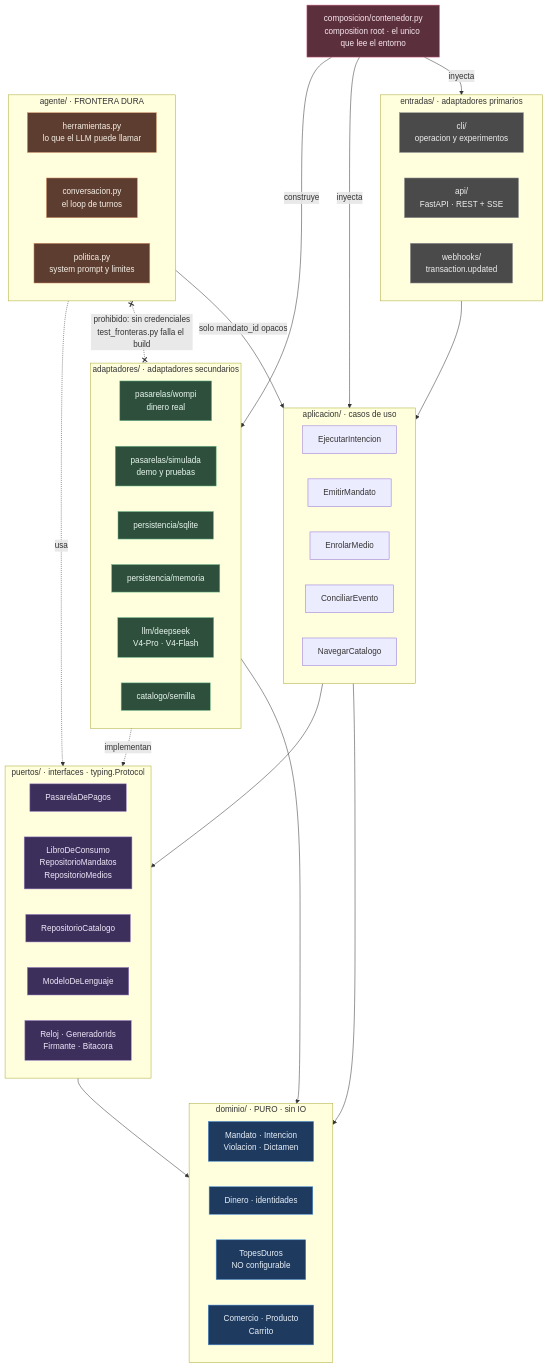
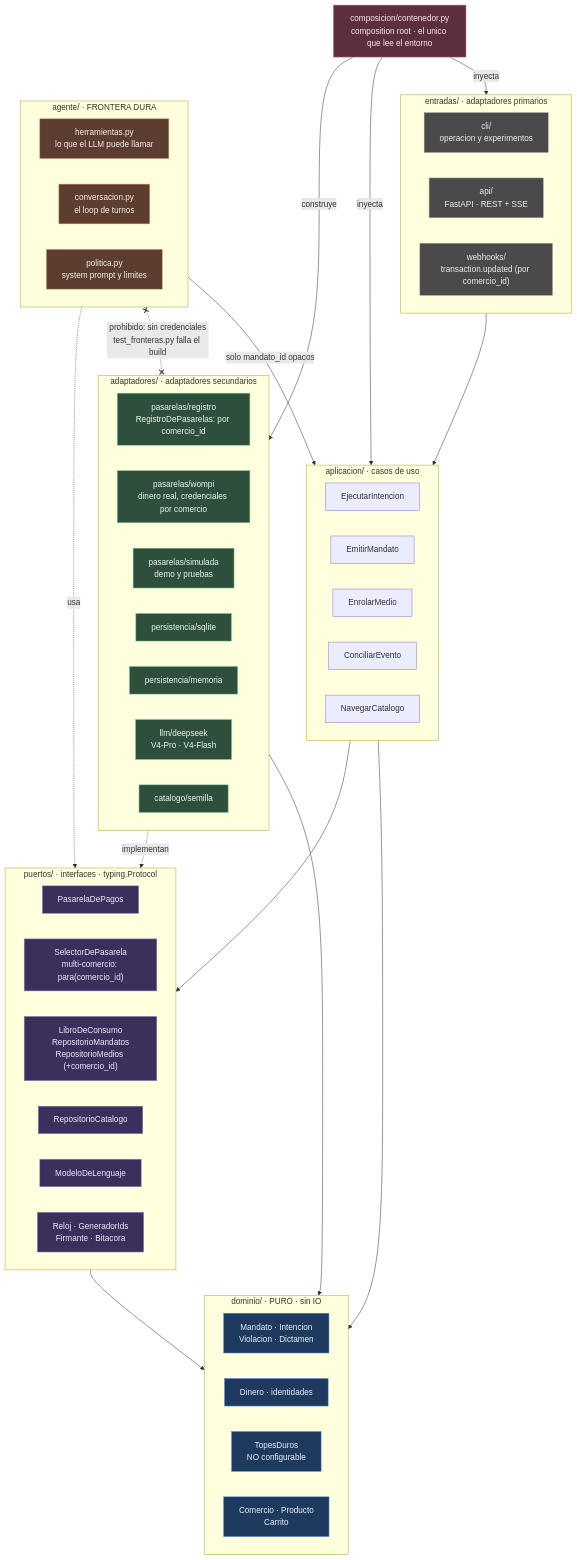
The diagram in docs/diagramas/01-capas.mermaid (Jm0nti/agentic-commerce-COP), drawn with Mermaid before and after one commit. The commit also changed 11 other files, not shown here.

```diff
--- a/docs/diagramas/01-capas.mermaid
+++ b/docs/diagramas/01-capas.mermaid
@@ -1,80 +1,82 @@
 flowchart TB
     subgraph ENTRADAS["entradas/ · adaptadores primarios"]
         direction LR
         CLI["cli/<br/>operacion y experimentos"]
         API["api/<br/>FastAPI · REST + SSE"]
-        WH["webhooks/<br/>transaction.updated"]
+        WH["webhooks/<br/>transaction.updated (por comercio_id)"]
     end
 
     subgraph AGENTE["agente/ · FRONTERA DURA"]
         direction LR
         HERR["herramientas.py<br/>lo que el LLM puede llamar"]
         CONV["conversacion.py<br/>el loop de turnos"]
         POL["politica.py<br/>system prompt y limites"]
     end
 
     subgraph APP["aplicacion/ · casos de uso"]
         direction LR
         EJ["EjecutarIntencion"]
         EM["EmitirMandato"]
         EN["EnrolarMedio"]
         CE["ConciliarEvento"]
         NC["NavegarCatalogo"]
     end
 
     subgraph PUERTOS["puertos/ · interfaces · typing.Protocol"]
         direction LR
         PP["PasarelaDePagos"]
-        PR["LibroDeConsumo<br/>RepositorioMandatos<br/>RepositorioMedios"]
+        PSEL["SelectorDePasarela<br/>multi-comercio: para(comercio_id)"]
+        PR["LibroDeConsumo<br/>RepositorioMandatos<br/>RepositorioMedios (+comercio_id)"]
         PC["RepositorioCatalogo"]
         PL["ModeloDeLenguaje"]
         PS["Reloj · GeneradorIds<br/>Firmante · Bitacora"]
     end
 
     subgraph DOM["dominio/ · PURO · sin IO"]
         direction LR
         MAN["Mandato · Intencion<br/>Violacion · Dictamen"]
         DIN["Dinero · identidades"]
         TOP["TopesDuros<br/>NO configurable"]
         CAT["Comercio · Producto<br/>Carrito"]
     end
 
     subgraph ADAP["adaptadores/ · adaptadores secundarios"]
         direction LR
-        AW["pasarelas/wompi<br/>dinero real"]
+        ARP["pasarelas/registro<br/>RegistroDePasarelas: por comercio_id"]
+        AW["pasarelas/wompi<br/>dinero real, credenciales por comercio"]
         AS["pasarelas/simulada<br/>demo y pruebas"]
         AQ["persistencia/sqlite"]
         AM["persistencia/memoria"]
         AD["llm/deepseek<br/>V4-Pro · V4-Flash"]
         AC["catalogo/semilla"]
     end
 
     COMP["composicion/contenedor.py<br/>composition root · el unico que lee el entorno"]
 
     ENTRADAS --> APP
     AGENTE -->|"solo mandato_id opacos"| APP
     AGENTE -.->|usa| PL
     APP --> PUERTOS
     APP --> DOM
     PUERTOS --> DOM
     ADAP -.->|implementan| PUERTOS
     ADAP --> DOM
     COMP -->|inyecta| ENTRADAS
     COMP -->|inyecta| APP
     COMP -->|construye| ADAP
 
     AGENTE x-.-x|"prohibido: sin credenciales<br/>test_fronteras.py falla el build"| ADAP
 
     classDef dominio fill:#1e3a5f,stroke:#4a90d9,color:#e8f0f8
     classDef puerto fill:#3d2f5c,stroke:#9b7fc4,color:#f0e8f8
     classDef adaptador fill:#2f4f3d,stroke:#6fbf8f,color:#e8f8ee
     classDef agente fill:#5c3d2f,stroke:#d99a6f,color:#f8f0e8
     classDef entrada fill:#4a4a4a,stroke:#999,color:#eee
     classDef raiz fill:#5c2f3d,stroke:#d96f8f,color:#f8e8ee
 
     class MAN,DIN,TOP,CAT dominio
-    class PP,PR,PC,PL,PS puerto
-    class AW,AS,AQ,AM,AD,AC adaptador
+    class PP,PSEL,PR,PC,PL,PS puerto
+    class ARP,AW,AS,AQ,AM,AD,AC adaptador
     class HERR,CONV,POL agente
     class CLI,API,WH entrada
     class COMP raiz
```
